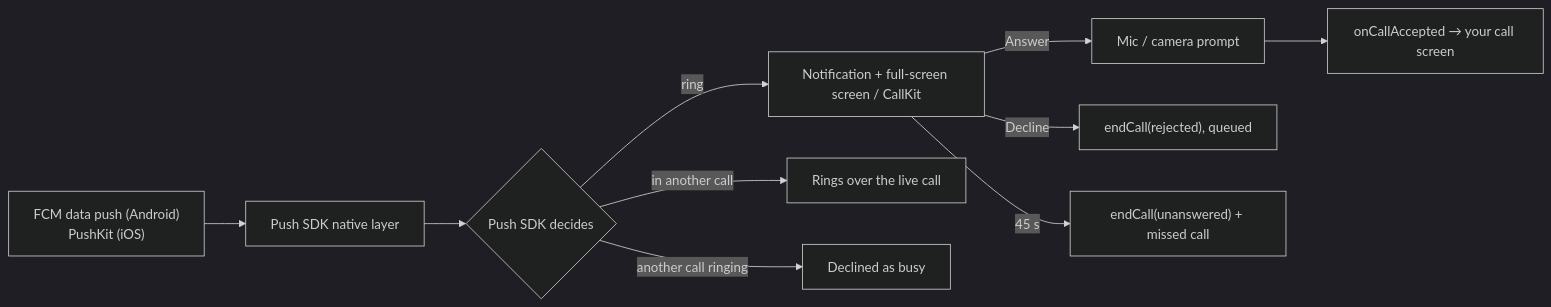
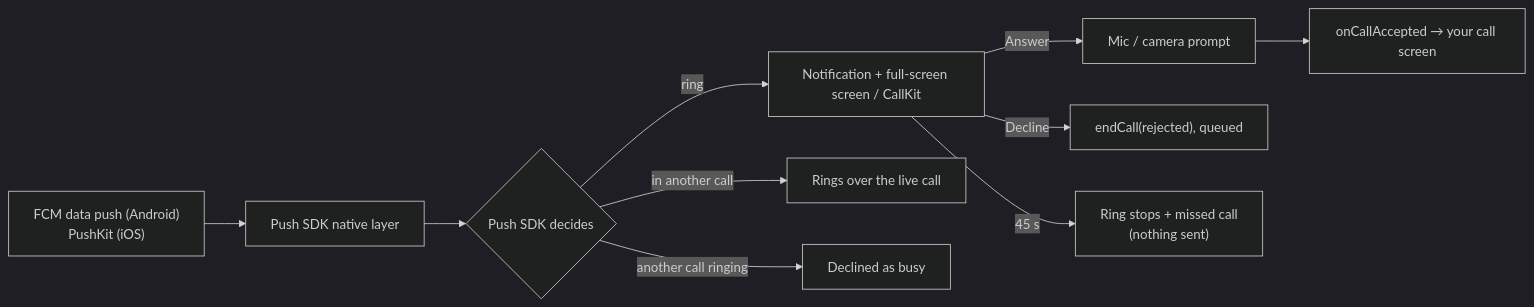
The diagram in calls/react-native/voip-calling.mdx (cometchat/docs), drawn with Mermaid (dark theme) before and after one commit. The commit also changed other lines of this file and 1 other file, not shown here.

First line of the commit message:
docs(react-native): ring-out sends nothing, and group decline is not special

````diff
--- a/calls/react-native/voip-calling.mdx
+++ b/calls/react-native/voip-calling.mdx
@@ -12,12 +12,12 @@
 ```mermaid
 flowchart LR
     FCM["FCM data push (Android)<br/>PushKit (iOS)"] --> H["Push SDK native layer"]
     H --> D{Push SDK decides}
     D -->|ring| R["Notification + full-screen screen / CallKit"]
     D -->|in another call| W[Rings over the live call]
     D -->|another call ringing| B[Declined as busy]
     R -->|Answer| P[Mic / camera prompt]
     P --> A["onCallAccepted → your call screen"]
     R -->|Decline| Q["endCall(rejected), queued"]
-    R -->|45 s| T["endCall(unanswered) + missed call"]
+    R -->|45 s| T["Ring stops + missed call<br/>(nothing sent)"]
 ```
````
